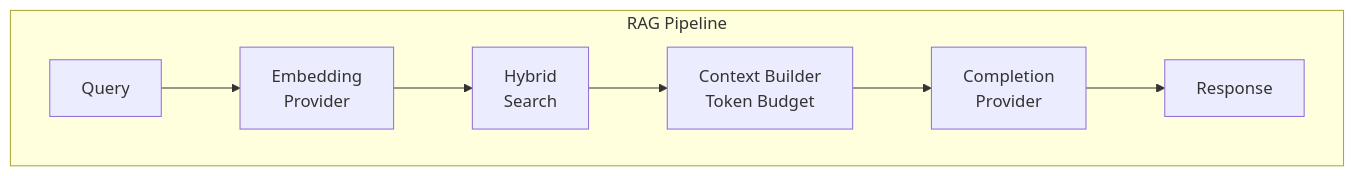
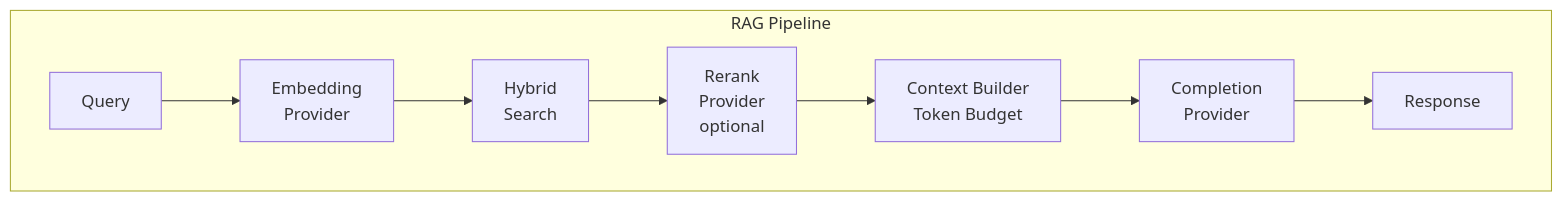
The diagram in docs/architecture.md (pgEdge/pgedge-rag-server), drawn with Mermaid before and after one commit. The commit also changed other lines of this file, not shown here.

First line of the commit message:
docs: refresh architecture.md against the code as it stands (#54)

````diff
--- a/docs/architecture.md
+++ b/docs/architecture.md
@@ -15,11 +16,12 @@
 ```mermaid
 flowchart LR
     subgraph pipeline[RAG Pipeline]
         direction LR
         Q[Query] --> E[Embedding<br/>Provider]
         E --> H[Hybrid<br/>Search]
-        H --> C[Context Builder<br/>Token Budget]
+        H --> RR[Rerank<br/>Provider<br/>optional]
+        RR --> C[Context Builder<br/>Token Budget]
         C --> CP[Completion<br/>Provider]
         CP --> R[Response]
     end
 ```
````
